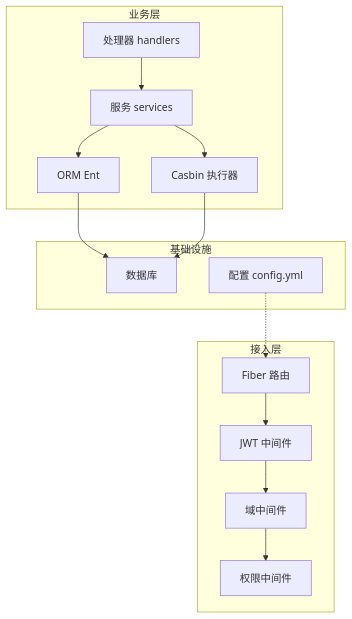
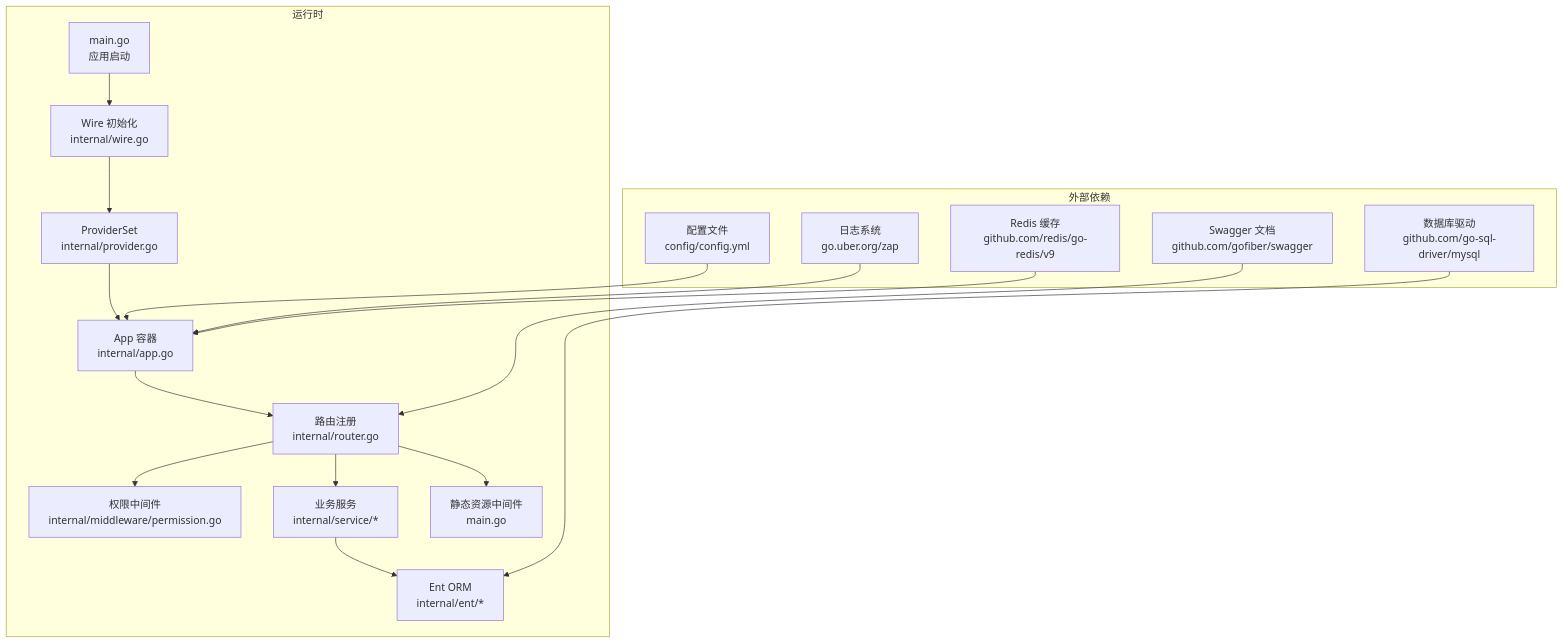
One commit to wuwuseo/e-sports-go-admin changed the second of 7 diagrams in .qoder/repowiki/zh/content/开发指南/开发指南.md. Above: the diagram before and after it, drawn with Mermaid. The commit also changed other lines of this file and 141 other files, not shown here.

````diff
--- a/.qoder/repowiki/zh/content/开发指南/开发指南.md
+++ b/.qoder/repowiki/zh/content/开发指南/开发指南.md
@@ -99,20 +96,25 @@
 ```mermaid
 graph TB
-subgraph "接入层"
-R["Fiber 路由"] --> M1["JWT 中间件"]
-M1 --> M2["域中间件"]
-M2 --> M3["权限中间件"]
+subgraph "运行时"
+M["main.go<br/>应用启动"] --> W["Wire 初始化<br/>internal/wire.go"]
+W --> P["ProviderSet<br/>internal/provider.go"]
+P --> A["App 容器<br/>internal/app.go"]
+A --> R["路由注册<br/>internal/router.go"]
+R --> MW["权限中间件<br/>internal/middleware/permission.go"]
+R --> S["业务服务<br/>internal/service/*"]
+S --> DB["Ent ORM<br/>internal/ent/*"]
+R --> FS["静态资源中间件<br/>main.go"]
 end
-subgraph "业务层"
-H["处理器 handlers"] --> S["服务 services"]
-S --> O["ORM Ent"]
-S --> C["Casbin 执行器"]
+subgraph "外部依赖"
+CFG["配置文件<br/>config/config.yml"]
+LOG["日志系统<br/>go.uber.org/zap"]
+DBE["数据库驱动<br/>github.com/go-sql-driver/mysql"]
+REDIS["Redis 缓存<br/>github.com/redis/go-redis/v9"]
+SWAG["Swagger 文档<br/>github.com/gofiber/swagger"]
 end
-subgraph "基础设施"
-DB["数据库"]
-CFG["配置 config.yml"]
-end
-O --> DB
-C --> DB
-CFG -.-> R
+CFG --> A
+LOG --> A
+DBE --> DB
+REDIS --> A
+SWAG --> R
 ```
````
